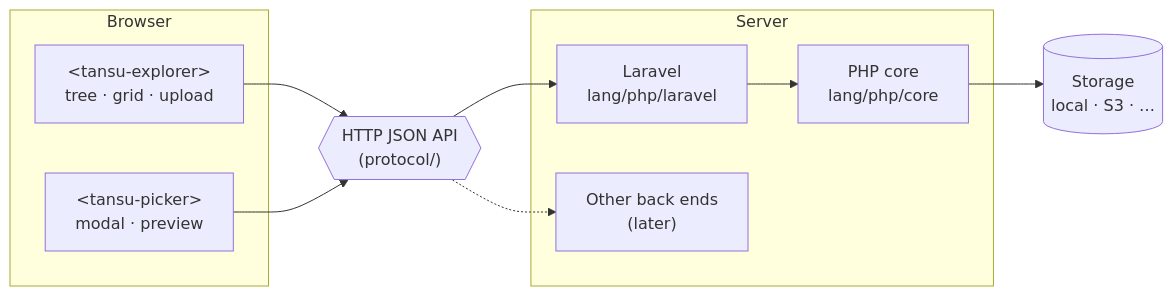
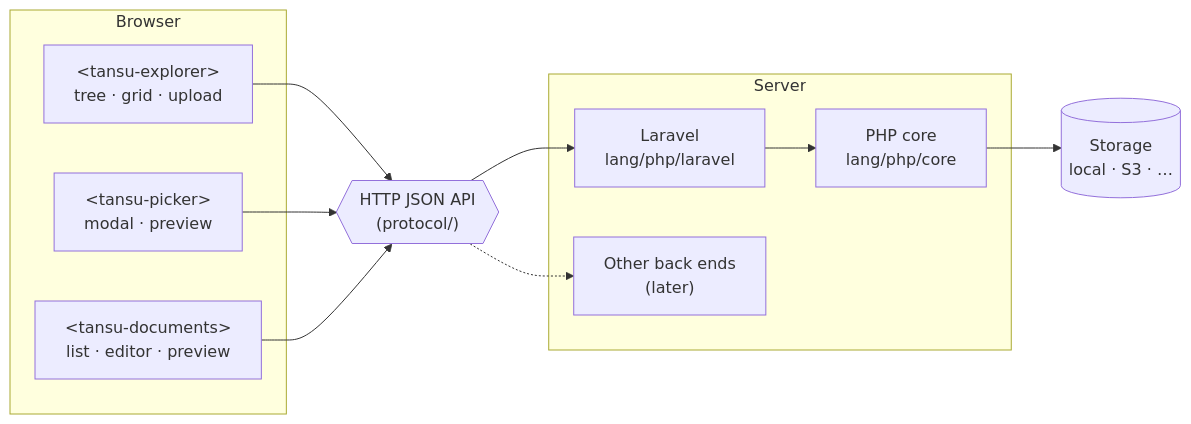
Before and after one commit to otaqq/tansu: the diagram in README.md, drawn with Mermaid. The commit also changed other lines of this file and 32 other files, not shown here.

````diff
--- a/README.md
+++ b/README.md
@@ -29,18 +29,20 @@
 ```mermaid
 flowchart LR
     subgraph browser["Browser"]
         explorer["&lt;tansu-explorer&gt;<br/>tree · grid · upload"]
         picker["&lt;tansu-picker&gt;<br/>modal · preview"]
+        documents["&lt;tansu-documents&gt;<br/>list · editor · preview"]
     end
     api{{"HTTP JSON API<br/>(protocol/)"}}
     subgraph server["Server"]
         laravel["Laravel<br/>lang/php/laravel"]
         core["PHP core<br/>lang/php/core"]
         other["Other back ends<br/>(later)"]
     end
     storage[("Storage<br/>local · S3 · …")]
     explorer --> api
     picker --> api
+    documents --> api
     api --> laravel --> core --> storage
     api -.-> other
 ```
````
